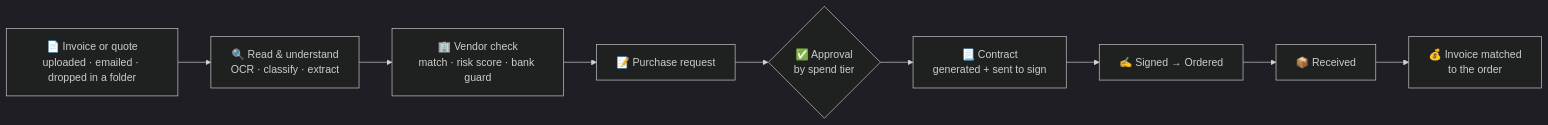
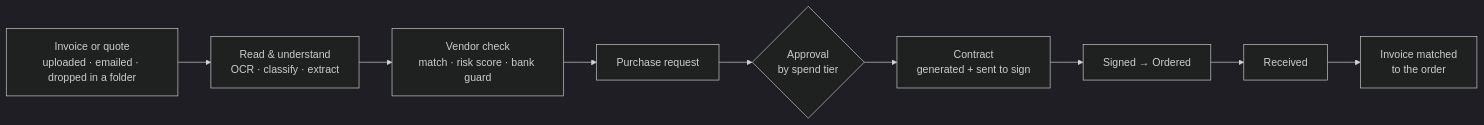
Before and after one commit to AnoojShete/ProcurementAutomation: the first of 2 diagrams in README.md, drawn with Mermaid (dark theme). The commit also changed other lines of this file, not shown here.

````diff
--- a/README.md
+++ b/README.md
@@ -29,11 +29,11 @@
 ```mermaid
 flowchart LR
-    A[📄 Invoice or quote<br/>uploaded · emailed · dropped in a folder] --> B[🔍 Read & understand<br/>OCR · classify · extract]
-    B --> C[🏢 Vendor check<br/>match · risk score · bank guard]
-    C --> D[📝 Purchase request]
-    D --> E{✅ Approval<br/>by spend tier}
-    E --> F[📃 Contract<br/>generated + sent to sign]
-    F --> G[✍️ Signed → Ordered]
-    G --> H[📦 Received]
-    H --> I[💰 Invoice matched<br/>to the order]
+    A[Invoice or quote<br/>uploaded · emailed · dropped in a folder] --> B[Read & understand<br/>OCR · classify · extract]
+    B --> C[Vendor check<br/>match · risk score · bank guard]
+    C --> D[Purchase request]
+    D --> E{Approval<br/>by spend tier}
+    E --> F[Contract<br/>generated + sent to sign]
+    F --> G[Signed → Ordered]
+    G --> H[Received]
+    H --> I[Invoice matched<br/>to the order]
 ```
````
